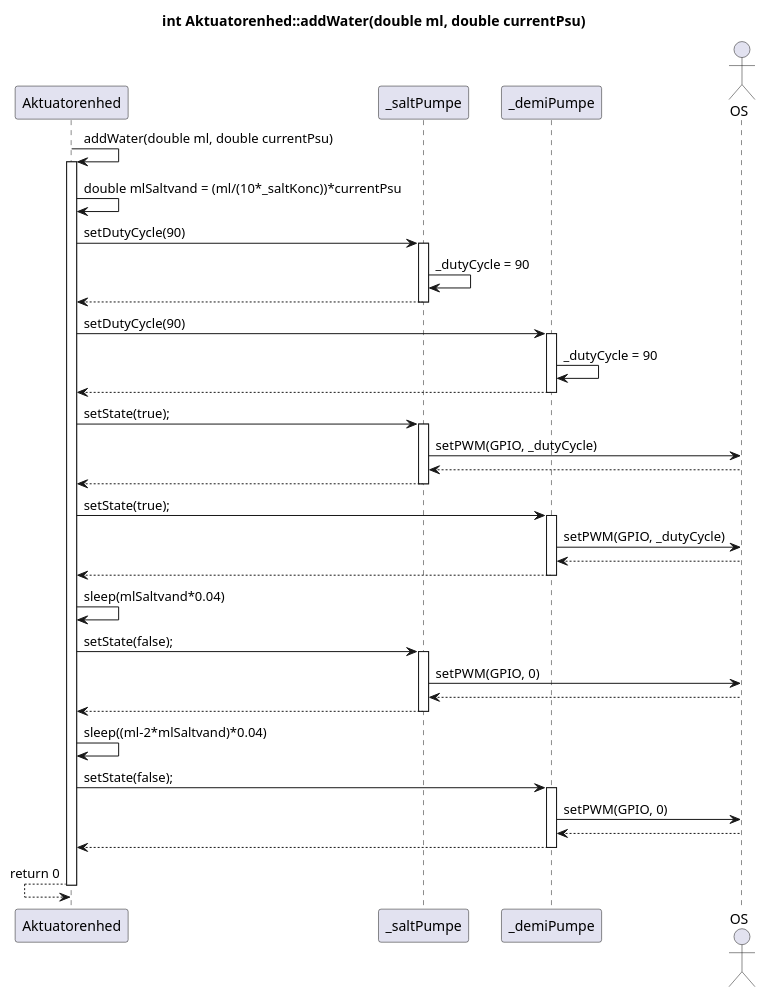
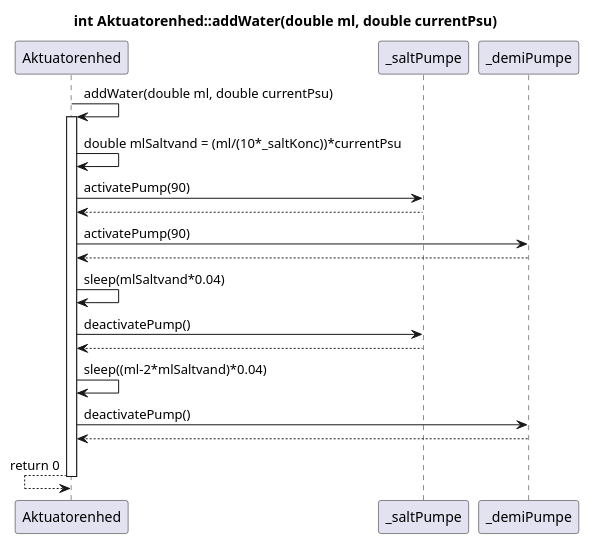
One commit to Solvgraa-mager/E4PRJ4 changed the diagram in Design/Akutuator enhed/Software/AE/SD_AE_addWater.puml. Above: the diagram before and after it, drawn with PlantUML. The commit also changed 87 other files, not shown here.

```diff
--- a/Design/Akutuator enhed/Software/AE/SD_AE_addWater.puml
+++ b/Design/Akutuator enhed/Software/AE/SD_AE_addWater.puml
@@ -1,65 +1,31 @@
 @startuml SD_AE_addWater
 
 Participant Aktuatorenhed as ae
 participant _saltPumpe as tp
 participant _demiPumpe as sp
-actor OS as os
-
-
-
 
 
 title int Aktuatorenhed::addWater(double ml, double currentPsu)
 
 
         ae -> ae : addWater(double ml, double currentPsu)
         activate ae
         ae -> ae : double mlSaltvand = (ml/(10*_saltKonc))*currentPsu
-            
-            ae -> tp : setDutyCycle(90)
-            activate tp
-            tp -> tp : _dutyCycle = 90
+
+            ae -> tp : activatePump(90)
             ae <-- tp
-            deactivate tp
-            ae -> sp : setDutyCycle(90)
-            activate sp
-            sp -> sp : _dutyCycle = 90
+            ae -> sp : activatePump(90)
             ae <-- sp
-            deactivate sp
-
-            ae -> tp : setState(true);
-            activate tp
-            tp -> os : setPWM(GPIO, _dutyCycle)
-            tp <-- os
-            ae <-- tp
-            deactivate tp
-            ae -> sp : setState(true);
-            activate sp
-            sp -> os : setPWM(GPIO, _dutyCycle)
-            sp <-- os
+            ae -> ae : sleep(mlSaltvand*0.04)
+            ae -> tp : deactivatePump()
+            ae <-- tp     
+            ae -> ae : sleep((ml-2*mlSaltvand)*0.04)
+            ae -> sp : deactivatePump()
             ae <-- sp
-            deactivate sp
-
-        ae -> ae : sleep(mlSaltvand*0.04)
-
-        ae -> tp : setState(false);
-            activate tp
-            tp -> os : setPWM(GPIO, 0)
-            tp <-- os
-            ae <-- tp
-            deactivate tp
-                 
-        ae -> ae : sleep((ml-2*mlSaltvand)*0.04)
-        ae -> sp : setState(false);
-            activate sp
-            sp -> os : setPWM(GPIO, 0)
-            sp <-- os
-            ae <-- sp
-            deactivate sp
             ae <-- ae : return 0
      deactivate ae
             
             
             
 
 @enduml
```
